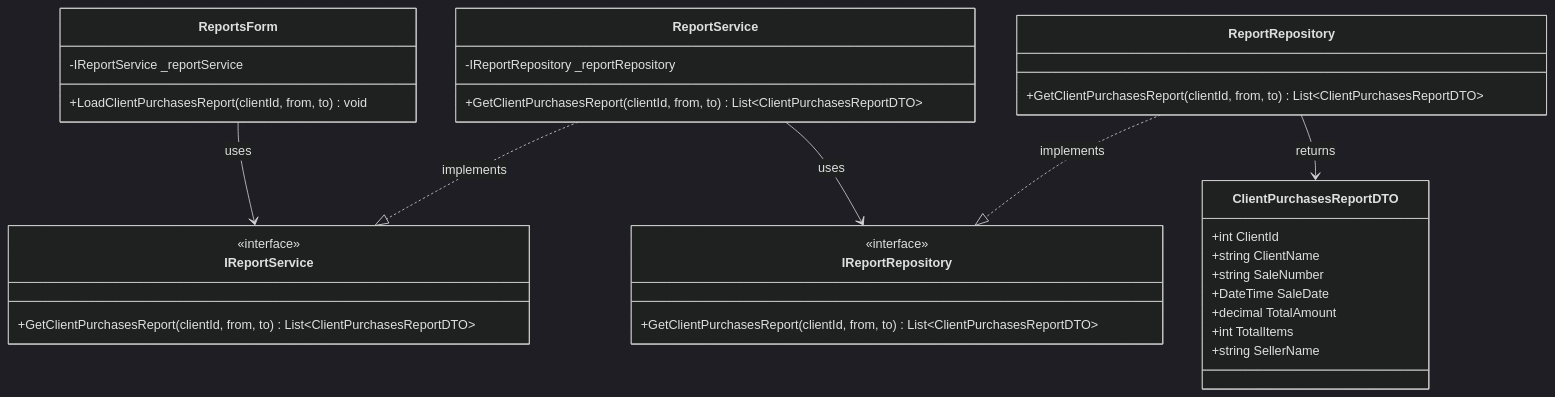
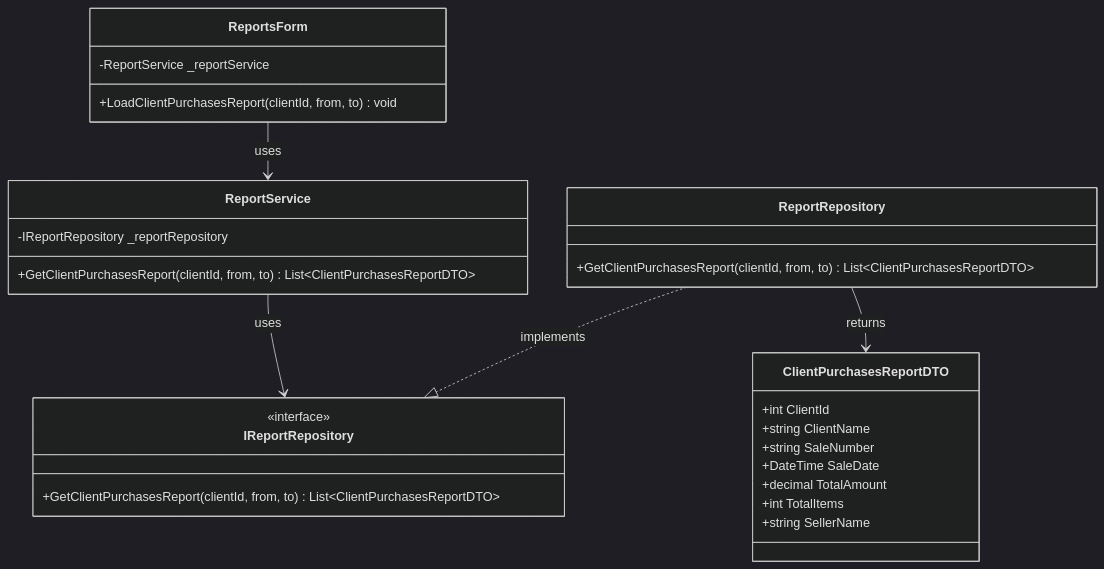
The fifth of 14 diagrams in Documentation/UML_Diagrams/18_Reports_UseCases.md (nahuk86/tp_diploma_nk_2026), drawn with Mermaid (dark theme) before and after one commit. The commit also changed other lines of this file and 5 other files, not shown here.

First line of the commit message:
Fix UML documentation: remove non-existent BLL service interfaces

````diff
--- a/Documentation/UML_Diagrams/18_Reports_UseCases.md
+++ b/Documentation/UML_Diagrams/18_Reports_UseCases.md
@@ -173,42 +157,37 @@
 ```mermaid
 classDiagram
     class ReportsForm {
-        -IReportService _reportService
+        -ReportService _reportService
         +LoadClientPurchasesReport(clientId, from, to) void
     }
 
-    class IReportService {
-        <<interface>>
-        +GetClientPurchasesReport(clientId, from, to) List~ClientPurchasesReportDTO~
-    }
 
     class ReportService {
         -IReportRepository _reportRepository
         +GetClientPurchasesReport(clientId, from, to) List~ClientPurchasesReportDTO~
     }
 
     class IReportRepository {
         <<interface>>
         +GetClientPurchasesReport(clientId, from, to) List~ClientPurchasesReportDTO~
     }
 
     class ReportRepository {
         +GetClientPurchasesReport(clientId, from, to) List~ClientPurchasesReportDTO~
     }
 
     class ClientPurchasesReportDTO {
         +int ClientId
         +string ClientName
         +string SaleNumber
         +DateTime SaleDate
         +decimal TotalAmount
         +int TotalItems
         +string SellerName
     }
 
-    ReportsForm --> IReportService : uses
-    ReportService ..|> IReportService : implements
+    ReportsForm --> ReportService : uses
     ReportService --> IReportRepository : uses
     ReportRepository ..|> IReportRepository : implements
     ReportRepository --> ClientPurchasesReportDTO : returns
 ```
````
